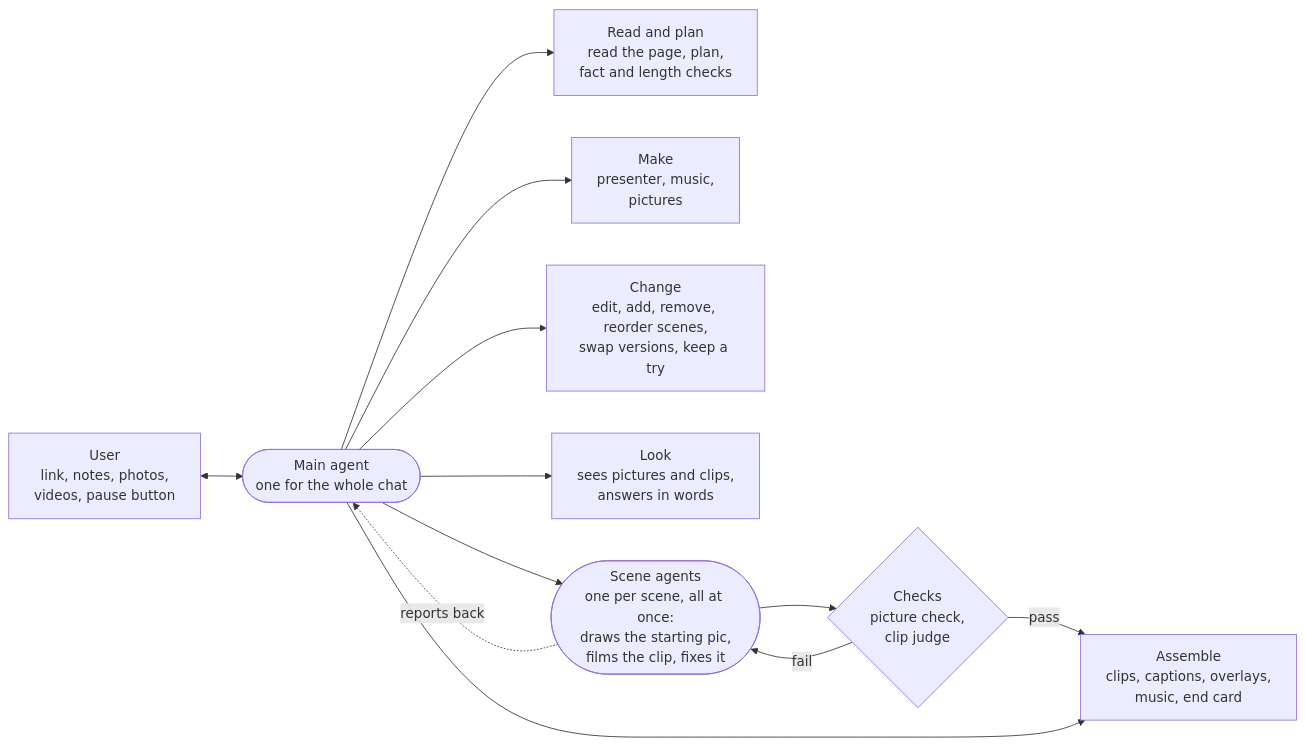
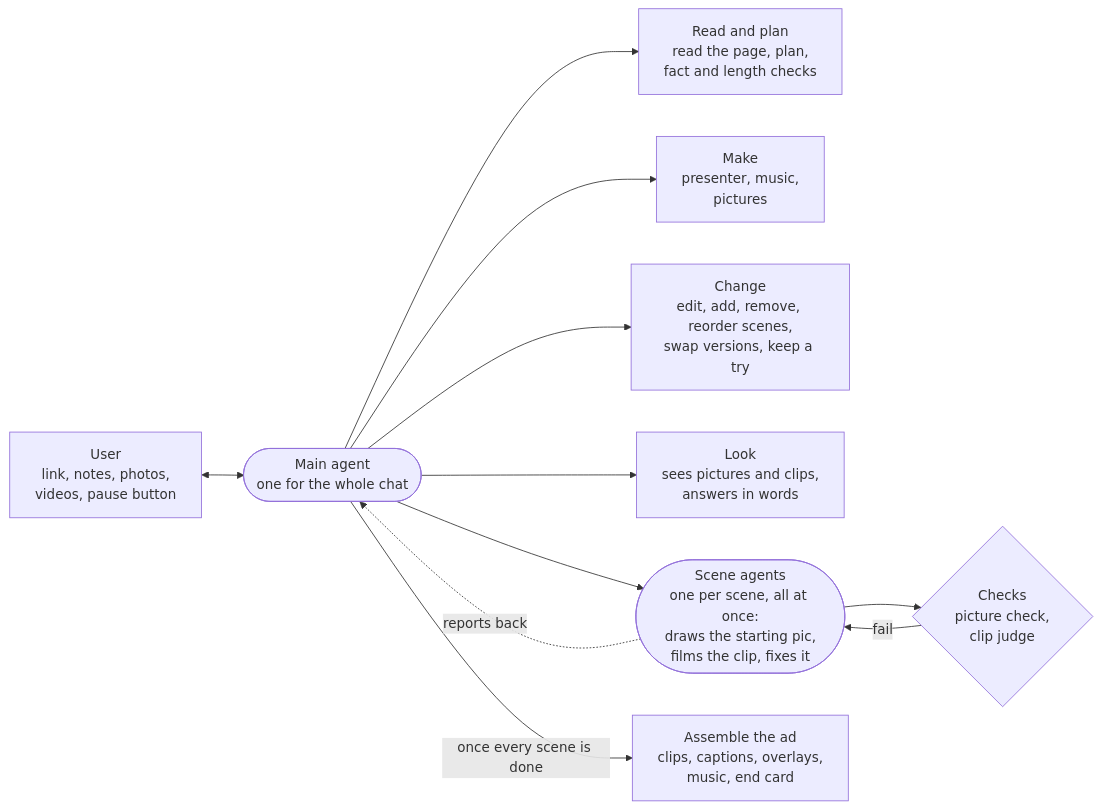
Before and after one commit to Julian-Win-Stack/adforge: the diagram in docs/readme/how-it-works.mmd, drawn with Mermaid. The commit also changed 3 other files, not shown here.

First line of the commit message:
Show assembly as the main agent's step, after every scene is done

```diff
--- a/docs/readme/how-it-works.mmd
+++ b/docs/readme/how-it-works.mmd
@@ -1,13 +1,12 @@
 %%{init: {"fontFamily": "Inter"}}%%
 flowchart LR
     O[User<br/>link, notes, photos,<br/>videos, pause button] <--> P(["Main agent<br/>one for the whole chat"])
     P --> R[Read and plan<br/>read the page, plan,<br/>fact and length checks]
     P --> M[Make<br/>presenter, music,<br/>pictures]
     P --> E[Change<br/>edit, add, remove, reorder scenes,<br/>swap versions, keep a try]
     P --> L[Look<br/>sees pictures and clips,<br/>answers in words]
     P --> S(["Scene agents<br/>one per scene, all at once:<br/>draws the starting pic,<br/>films the clip, fixes it"])
     S -. reports back .-> P
     S --> C{Checks<br/>picture check,<br/>clip judge}
     C -- fail --> S
-    C -- pass --> A[Assemble<br/>clips, captions, overlays,<br/>music, end card]
-    P --> A
+    P -- "once every scene is done" --> A[Assemble the ad<br/>clips, captions, overlays,<br/>music, end card]
```
